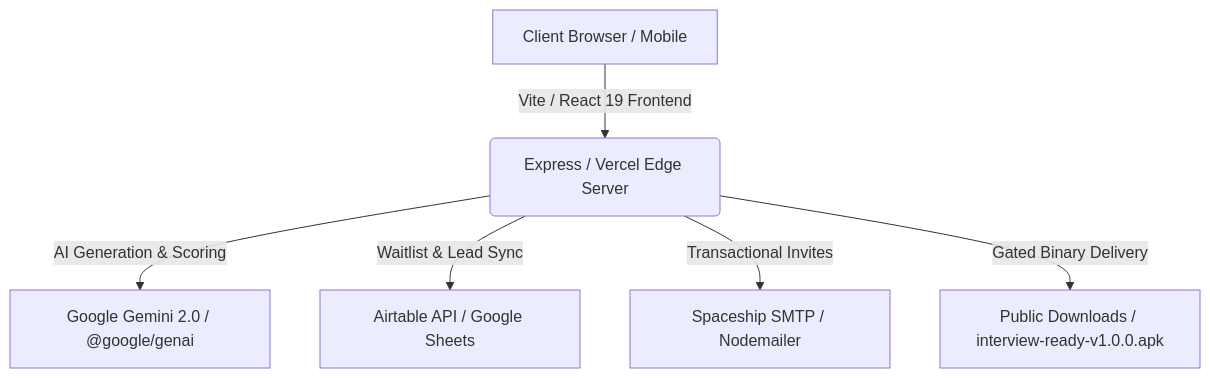
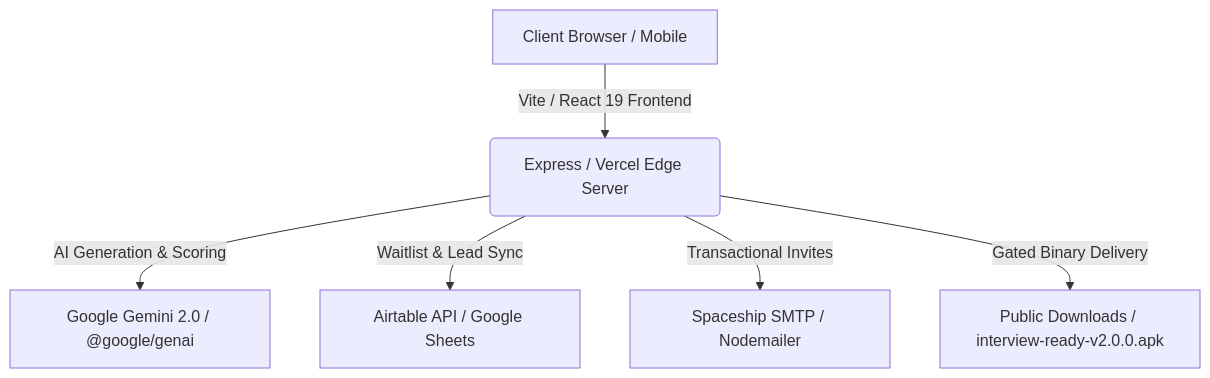
One commit to vikkirkobane/interview-ready changed the diagram in README.md. Above: the diagram before and after it, drawn with Mermaid. The commit also changed other lines of this file and 4 other files, not shown here.

````diff
--- a/README.md
+++ b/README.md
@@ -38,8 +38,8 @@
 ```mermaid
 graph TD
     A[Client Browser / Mobile] -->|Vite / React 19 Frontend| B(Express / Vercel Edge Server)
     B -->|AI Generation & Scoring| C[Google Gemini 2.0 / @google/genai]
     B -->|Waitlist & Lead Sync| D[Airtable API / Google Sheets]
     B -->|Transactional Invites| E[Spaceship SMTP / Nodemailer]
-    B -->|Gated Binary Delivery| F[Public Downloads / interview-ready-v1.0.0.apk]
+    B -->|Gated Binary Delivery| F[Public Downloads / interview-ready-v2.0.0.apk]
 ```
````
